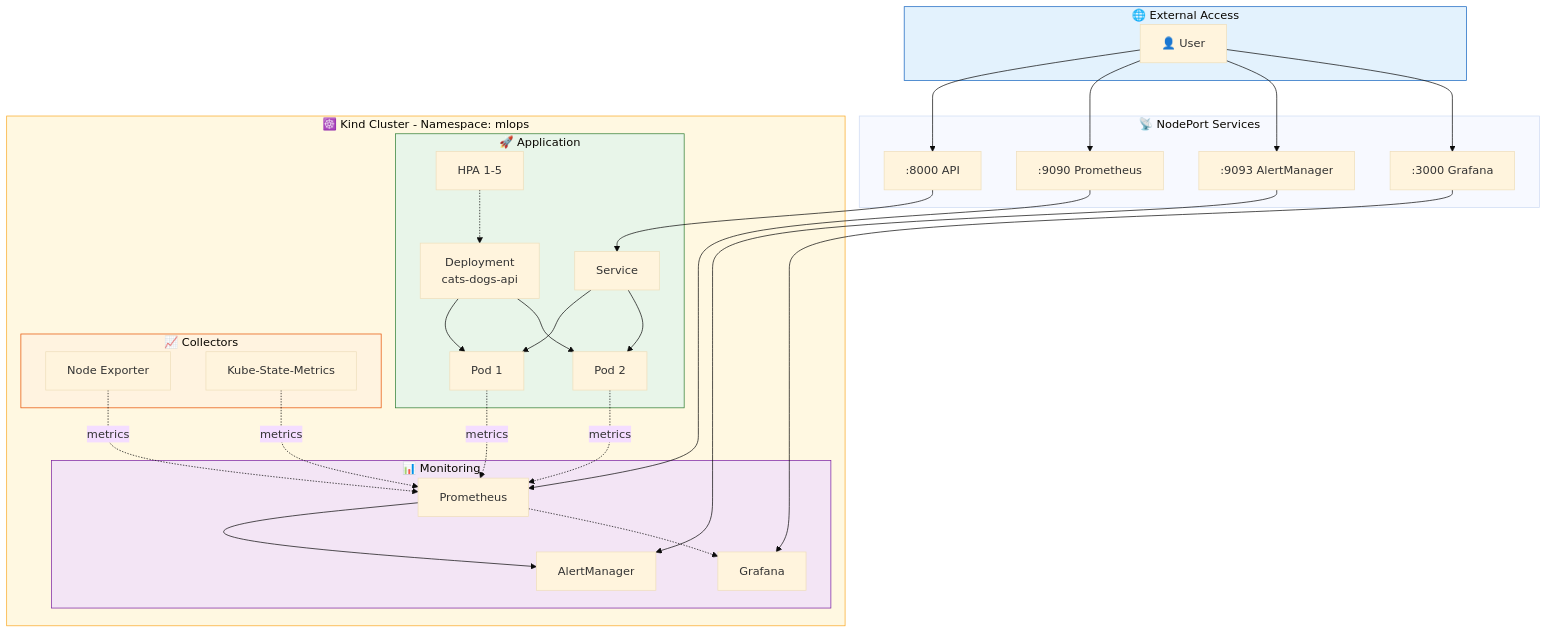
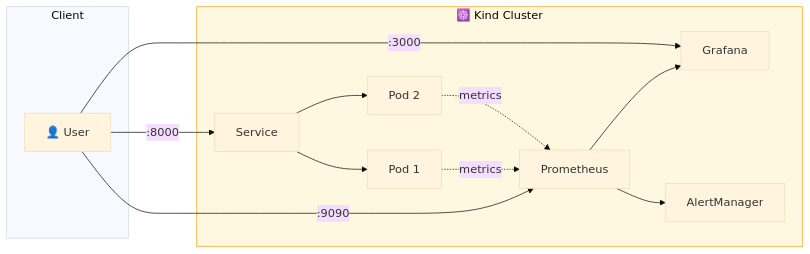
Before and after one commit to 2024aa05820/mlops-assignment2: the fourth of 6 diagrams in README.md, drawn with Mermaid (base theme). The commit also changed other lines of this file, not shown here.

Commit message:
Simplify and improve alignment of all architecture diagrams

````diff
--- a/README.md
+++ b/README.md
@@ -510,54 +463,18 @@
 ```mermaid
-flowchart TB
-    subgraph External["🌐 External Access"]
-        USER["👤 User"]
+flowchart LR
+    subgraph Client
+        U["👤 User"]
     end
+    subgraph Cluster["☸️ Kind Cluster"]
+        SVC["Service"] --> P1["Pod 1"]
+        SVC --> P2["Pod 2"]
+        PROM["Prometheus"] --> GRAF["Grafana"]
+        PROM --> AM["AlertManager"]
+    end
+    U -->|:8000| SVC
+    U -->|:9090| PROM
+    U -->|:3000| GRAF
+    P1 & P2 -.->|metrics| PROM
 
-    subgraph Ports["📡 NodePort Services"]
-        P8000[":8000 API"]
-        P9090[":9090 Prometheus"]
-        P9093[":9093 AlertManager"]
-        P3000[":3000 Grafana"]
-    end
-
-    subgraph Kind["☸️ Kind Cluster - Namespace: mlops"]
-        subgraph App["🚀 Application"]
-            DEP["Deployment<br/>cats-dogs-api"]
-            POD1["Pod 1"]
-            POD2["Pod 2"]
-            SVC["Service"]
-            HPA["HPA 1-5"]
-        end
-
-        subgraph Mon["📊 Monitoring"]
-            PROM["Prometheus"]
-            AM["AlertManager"]
-            GRAF["Grafana"]
-        end
-
-        subgraph Metrics["📈 Collectors"]
-            NE["Node Exporter"]
-            KSM["Kube-State-Metrics"]
-        end
-    end
-
-    USER --> P8000 & P9090 & P9093 & P3000
-    P8000 --> SVC --> POD1 & POD2
-    DEP --> POD1 & POD2
-    HPA -.-> DEP
-
-    P9090 --> PROM
-    P9093 --> AM
-    P3000 --> GRAF
-
-    POD1 & POD2 -.->|metrics| PROM
-    NE & KSM -.->|metrics| PROM
-    PROM --> AM
-    PROM -.-> GRAF
-
-    style External fill:#e3f2fd,stroke:#1565c0
-    style Kind fill:#fff8e1,stroke:#f9a825
-    style App fill:#e8f5e9,stroke:#2e7d32
-    style Mon fill:#f3e5f5,stroke:#7b1fa2
-    style Metrics fill:#fff3e0,stroke:#e65100
+    style Cluster fill:#fff8e1,stroke:#f9a825
 ```
````
